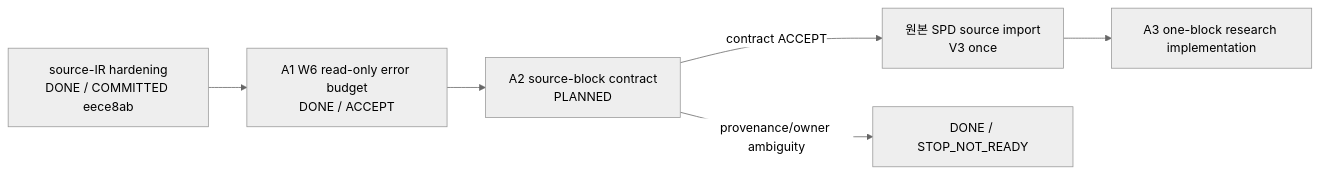
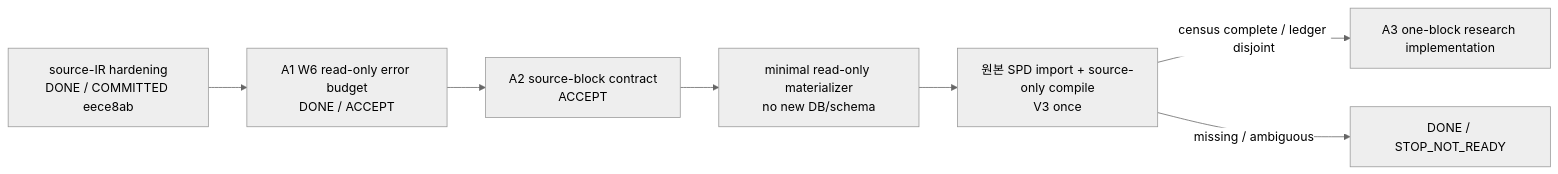
The diagram in docs/WORK_EXECUTION_BASELINE.md (yunhyok/spd-decap-pi-evaluator), drawn with Mermaid (neutral theme) before and after one commit. The commit also changed other lines of this file and 1 other file, not shown here.

Commit message:
docs: freeze source block census contract

````diff
--- a/docs/WORK_EXECUTION_BASELINE.md
+++ b/docs/WORK_EXECUTION_BASELINE.md
@@ -24,8 +25,9 @@
 ```mermaid
 flowchart LR
     H["source-IR hardening<br/>DONE / COMMITTED eece8ab"] --> A1["A1 W6 read-only error budget<br/>DONE / ACCEPT"]
-    A1 --> A2["A2 source-block contract<br/>PLANNED"]
-    A2 -->|contract ACCEPT| V3["원본 SPD source import<br/>V3 once"]
-    A2 -->|provenance/owner ambiguity| STOP["DONE / STOP_NOT_READY"]
-    V3 --> A3["A3 one-block research implementation"]
+    A1 --> A2["A2 source-block contract<br/>ACCEPT"]
+    A2 --> M["minimal read-only materializer<br/>no new DB/schema"]
+    M --> V3["원본 SPD import + source-only compile<br/>V3 once"]
+    V3 -->|census complete / ledger disjoint| A3["A3 one-block research implementation"]
+    V3 -->|missing / ambiguous| STOP["DONE / STOP_NOT_READY"]
 ```
````
